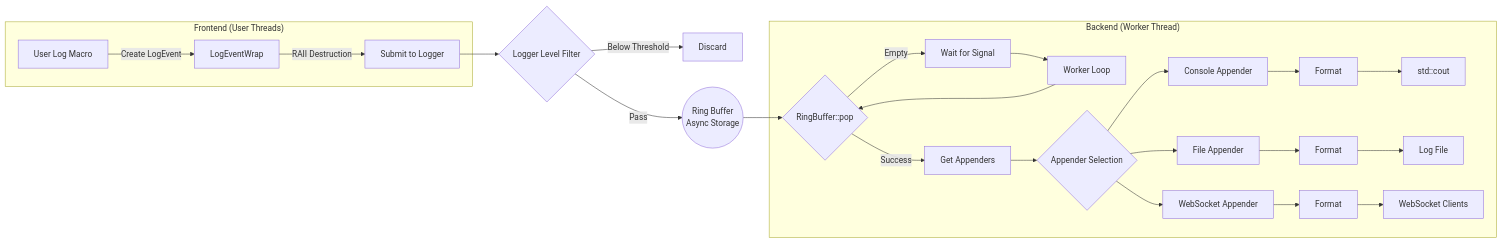
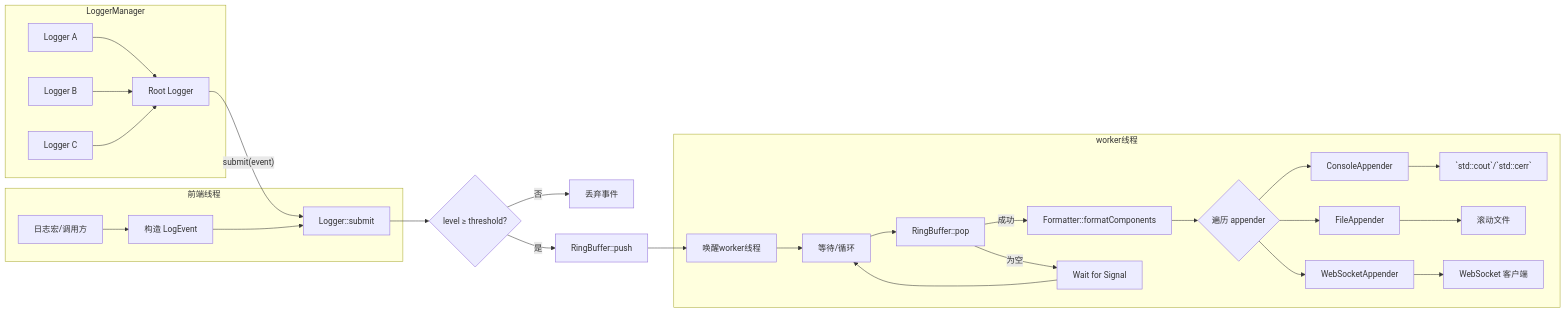
Before and after one commit to AwakeLion-Robot-Lab/awakelion-logger: the diagram in docs/README.zh_CN.md, drawn with Mermaid. The commit also changed other lines of this file and 15 other files, not shown here.

````diff
--- a/docs/README.zh_CN.md
+++ b/docs/README.zh_CN.md
@@ -23,33 +23,43 @@
 ```mermaid
 flowchart LR
-    subgraph "Frontend (User Threads)"
-        A[User Log Macro] -->|Create LogEvent| B[LogEventWrap]
-        B -->|RAII Destruction| C[Submit to Logger]
-    end
+  subgraph LoggerManager["LoggerManager"]
+    Root["Root Logger"]
+    LoggerA["Logger A"]
+    LoggerB["Logger B"]
+    LoggerC["Logger C"]
 
-    C --> D{Logger Level Filter}
-    D -->|Below Threshold| E[Discard]
-    D -->|Pass| F((Ring Buffer<br/>Async Storage))
+    LoggerA --> Root
+    LoggerB --> Root
+    LoggerC --> Root
+  end
 
-    subgraph "Backend (Worker Thread)"
-        G[Worker Loop] --> H{RingBuffer::pop}
-        H -->|Success| I[Get Appenders]
-        H -->|Empty| J[Wait for Signal]
-        J --> G
+  Root -->|"submit(event)"| Submit[Logger::submit]
 
-        I --> K{Appender Selection}
-        K --> L[Console Appender]
-        K --> M[File Appender]
-        K --> N[WebSocket Appender]
+  subgraph 前端线程
+    Macro[日志宏/调用方] --> Wrap[构造 LogEvent]
+    Wrap --> Submit
+  end
 
-        L --> O[Format]
-        M --> P[Format]
-        N --> Q[Format]
+  Submit --> Filter{level ≥ threshold?}
+  Filter -->|否| Drop[丢弃事件]
+  Filter -->|是| Enqueue[RingBuffer::push]
+  Enqueue --> Notify[唤醒worker线程]
 
-        O --> R[std::cout]
-        P --> S[Log File]
-        Q --> T[WebSocket Clients]
-    end
+  subgraph 后端线程["worker线程"]
+    Notify --> Worker[等待/循环]
+    Worker --> Pop[RingBuffer::pop]
+    Pop -->|成功| Format[Formatter::formatComponents]
+    Pop -->|为空| Wait[Wait for Signal]
+    Wait --> Worker
 
-    F --> H
+    Format --> AppSel{遍历 appender}
+    AppSel --> Console[ConsoleAppender]
+    AppSel --> File[FileAppender]
+    AppSel --> Web[WebSocketAppender]
+
+    Console --> Stdout[`std::cout`/`std::cerr`]
+    File --> LogFile[滚动文件]
+    Web --> Clients[WebSocket 客户端]
+  end
+
 ```
````
